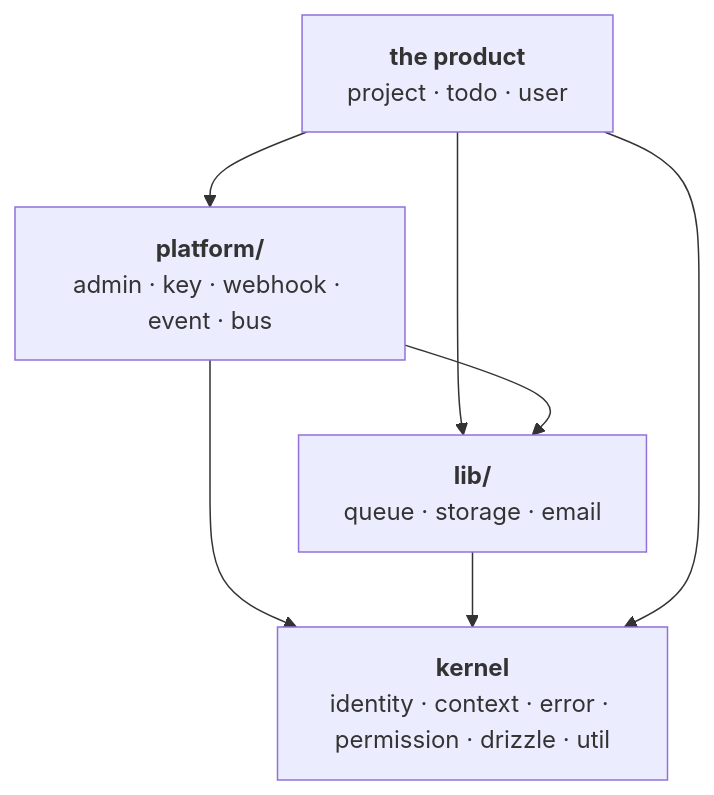
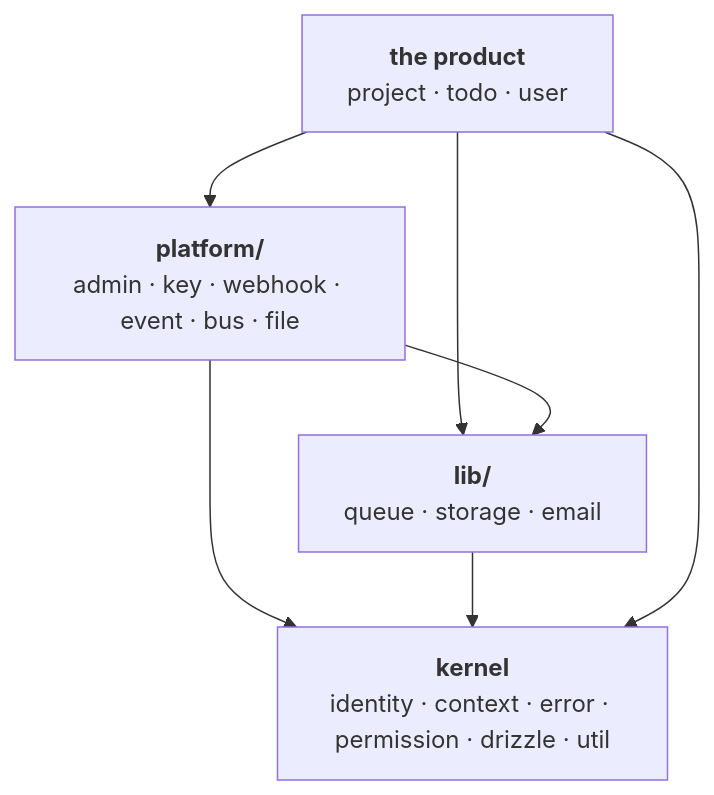
One commit to andre-brandao/template changed the diagram in docs/core.md. Above: the diagram before and after it, drawn with Mermaid. The commit also changed 3 other files, not shown here.

````diff
--- a/docs/core.md
+++ b/docs/core.md
@@ -6,14 +6,14 @@
 ```mermaid
 graph TD
   domain["<b>the product</b><br/>project · todo · user"]
-  platform["<b>platform/</b><br/>admin · key · webhook · event · bus"]
+  platform["<b>platform/</b><br/>admin · key · webhook · event · bus · file"]
   lib["<b>lib/</b><br/>queue · storage · email"]
   kernel["<b>kernel</b><br/>identity · context · error · permission · drizzle · util"]
 
   domain --> platform
   domain --> lib
   platform --> lib
   platform --> kernel
   lib --> kernel
   domain --> kernel
 ```
````
